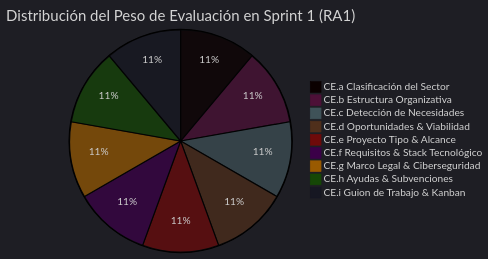
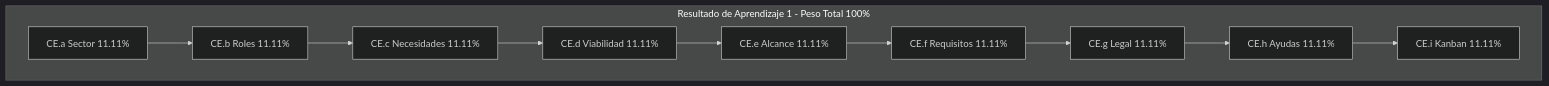
The second of 13 diagrams in RA1.md (fencgut961/PI_26_27), drawn with Mermaid (dark theme) before and after one commit. The commit also changed other lines of this file, not shown here.

````diff
--- a/RA1.md
+++ b/RA1.md
@@ -110,12 +101,7 @@
 ```mermaid
-pie title Distribución del Peso de Evaluación en Sprint 1 (RA1)
-    "CE.a Clasificación del Sector" : 11.11
-    "CE.b Estructura Organizativa" : 11.11
-    "CE.c Detección de Necesidades" : 11.11
-    "CE.d Oportunidades & Viabilidad" : 11.11
-    "CE.e Proyecto Tipo & Alcance" : 11.11
-    "CE.f Requisitos & Stack Tecnológico" : 11.11
-    "CE.g Marco Legal & Ciberseguridad" : 11.11
-    "CE.h Ayudas & Subvenciones" : 11.11
-    "CE.i Guion de Trabajo & Kanban" : 11.11
+flowchart LR
+    subgraph RA1 [Resultado de Aprendizaje 1 - Peso Total 100%]
+        direction LR
+        A[CE.a Sector 11.11%] --> B[CE.b Roles 11.11%] --> C[CE.c Necesidades 11.11%] --> D[CE.d Viabilidad 11.11%] --> E[CE.e Alcance 11.11%] --> F[CE.f Requisitos 11.11%] --> G[CE.g Legal 11.11%] --> H[CE.h Ayudas 11.11%] --> I[CE.i Kanban 11.11%]
+    end
 ```
````
